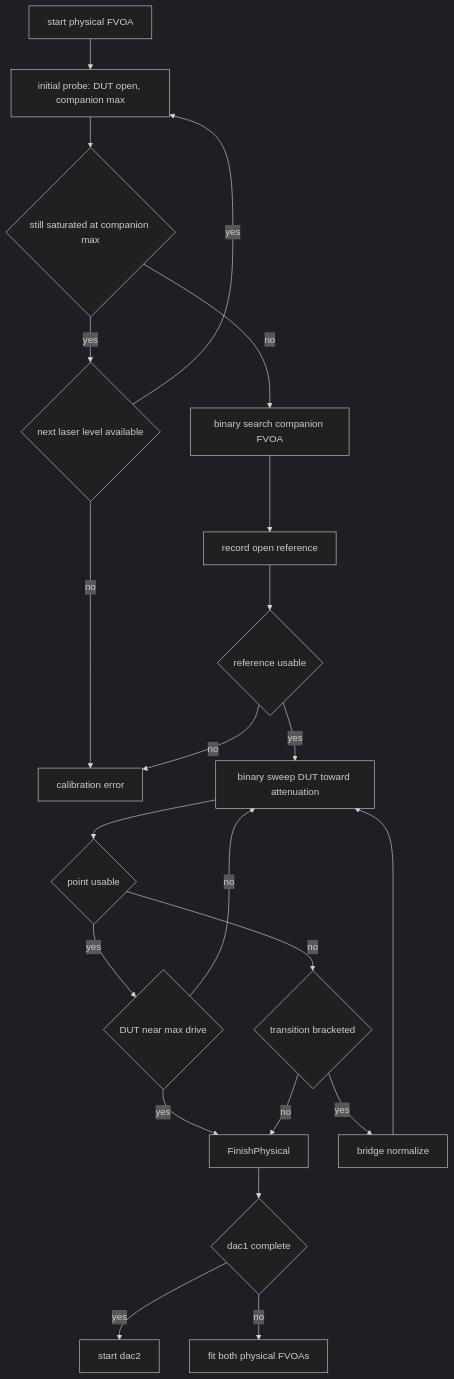
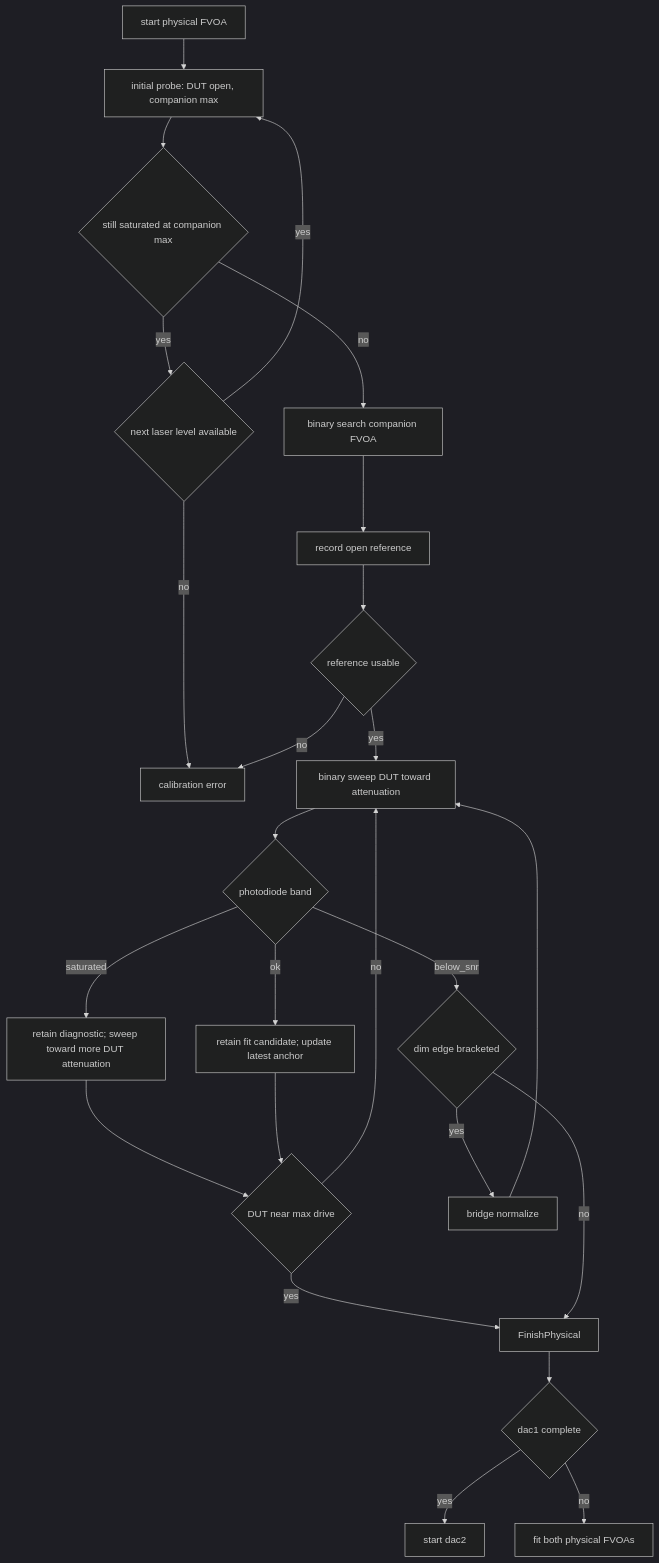
The fourth of 7 diagrams in doc/attenuator_calibration.md (COO-Utilities/hispec-tib), drawn with Mermaid (dark theme) before and after one commit. The commit also changed other lines of this file and 6 other files, not shown here.

````diff
--- a/doc/attenuator_calibration.md
+++ b/doc/attenuator_calibration.md
@@ -118,24 +139,27 @@
 ```mermaid
 flowchart TD
   StartPhysical[start physical FVOA] --> Initial[initial probe: DUT open, companion max]
   Initial --> SaturatedAtMax{still saturated at companion max}
   SaturatedAtMax -- yes --> LowerLaser{next laser level available}
   LowerLaser -- yes --> Initial
   LowerLaser -- no --> Error[calibration error]
   SaturatedAtMax -- no --> CompanionSearch[binary search companion FVOA]
   CompanionSearch --> Reference[record open reference]
   Reference --> ReferenceOK{reference usable}
   ReferenceOK -- no --> Error
   ReferenceOK -- yes --> Sweep[binary sweep DUT toward attenuation]
-  Sweep --> PointOK{point usable}
-  PointOK -- yes --> MoreRange{DUT near max drive}
+  Sweep --> Band{photodiode band}
+  Band -- saturated --> Bright[retain diagnostic; sweep toward more DUT attenuation]
+  Bright --> MoreRange{DUT near max drive}
+  Band -- ok --> Usable[retain fit candidate; update latest anchor]
+  Usable --> MoreRange
   MoreRange -- yes --> FinishPhysical
   MoreRange -- no --> Sweep
-  PointOK -- no --> Bracket{transition bracketed}
+  Band -- below_snr --> Bracket{dim edge bracketed}
   Bracket -- no --> FinishPhysical
   Bracket -- yes --> Bridge[bridge normalize]
   Bridge --> Sweep
   FinishPhysical --> Next{dac1 complete}
   Next -- yes --> StartDac2[start dac2]
   Next -- no --> Fit[fit both physical FVOAs]
 ```
````
